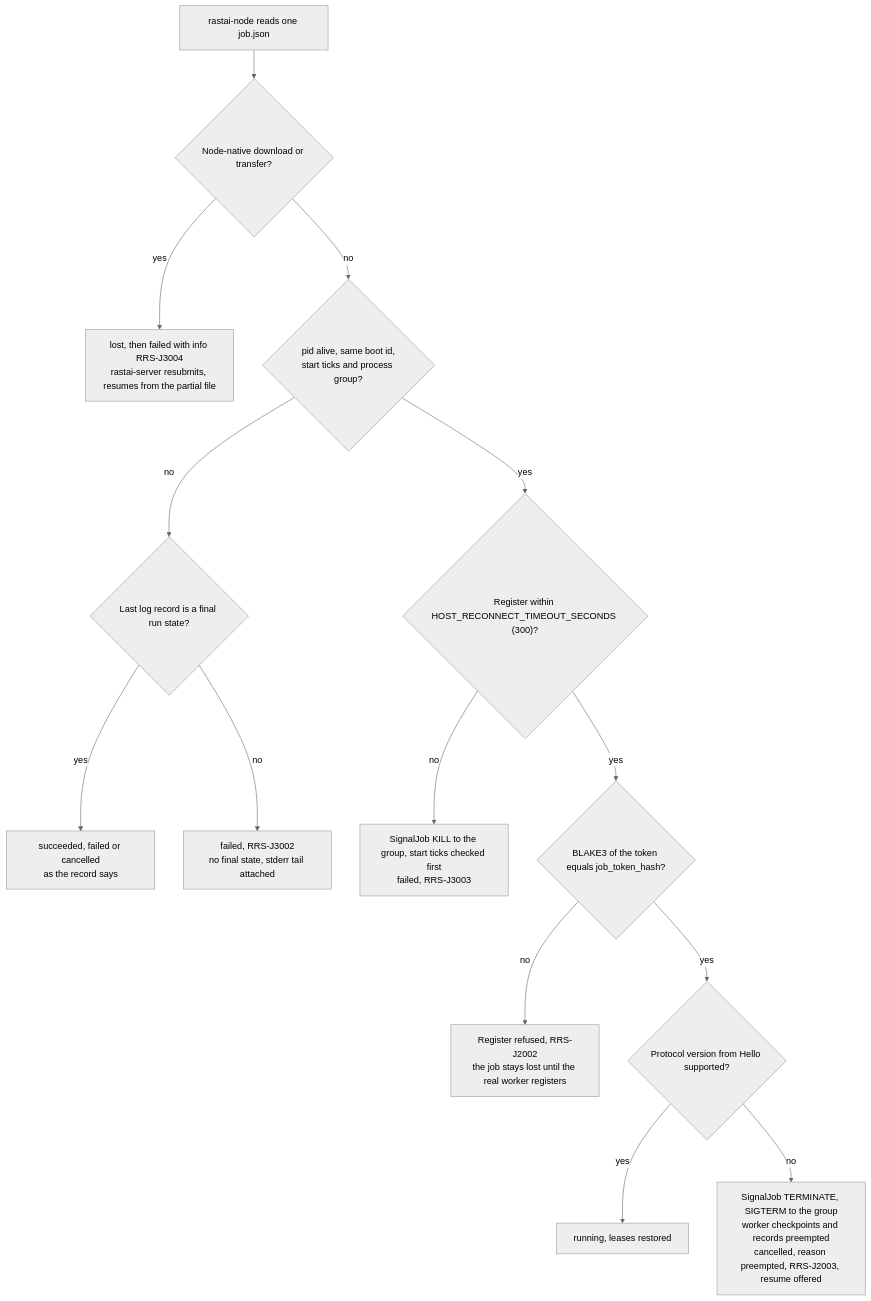
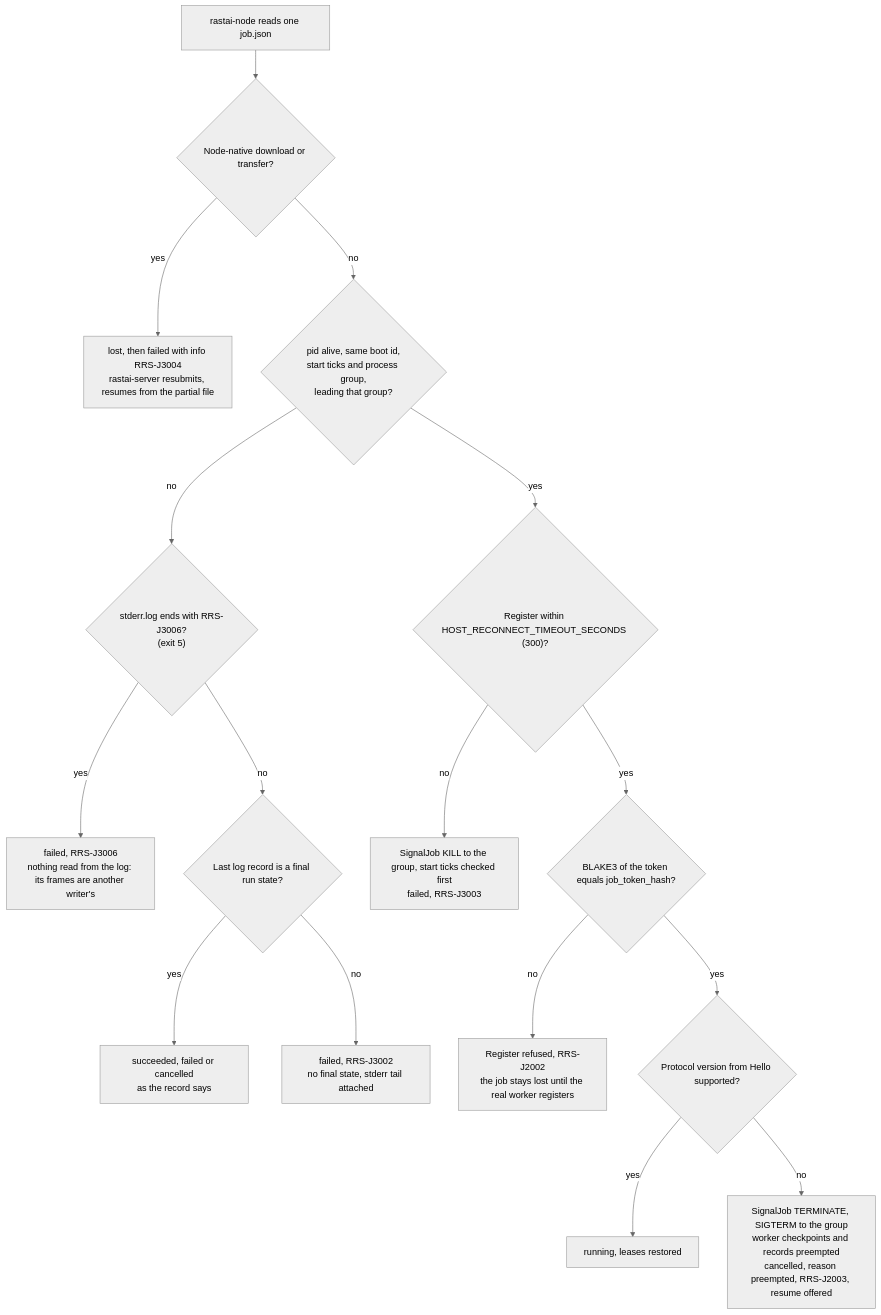
Before and after one commit to Snubiss/RASTAI-Research-Studio: diagram 11 of 55 in docs/architecture/flows/platform.md, drawn with Mermaid (neutral theme). The commit also changed other lines of this file and 23 other files, not shown here.

````diff
--- a/docs/architecture/flows/platform.md
+++ b/docs/architecture/flows/platform.md
@@ -527,16 +527,18 @@
 ```mermaid
 flowchart TD
   A["rastai-node reads one job.json"] --> K{"Node-native download or transfer?"}
   K -->|"yes"| NN["lost, then failed with info RRS-J3004<br/>rastai-server resubmits, resumes from the partial file"]
-  K -->|"no"| P{"pid alive, same boot id,<br/>start ticks and process group?"}
-  P -->|"no"| L{"Last log record is a final run state?"}
+  K -->|"no"| P{"pid alive, same boot id,<br/>start ticks and process group,<br/>leading that group?"}
+  P -->|"no"| X{"stderr.log ends with RRS-J3006?<br/>(exit 5)"}
+  X -->|"yes"| LOCKED["failed, RRS-J3006<br/>nothing read from the log: its frames are another writer's"]
+  X -->|"no"| L{"Last log record is a final run state?"}
   L -->|"yes"| FIN["succeeded, failed or cancelled<br/>as the record says"]
   L -->|"no"| GONE["failed, RRS-J3002<br/>no final state, stderr tail attached"]
   P -->|"yes"| H{"Register within HOST_RECONNECT_TIMEOUT_SECONDS (300)?"}
   H -->|"no"| HUNG["SignalJob KILL to the group, start ticks checked first<br/>failed, RRS-J3003"]
   H -->|"yes"| T{"BLAKE3 of the token equals job_token_hash?"}
   T -->|"no"| BADT["Register refused, RRS-J2002<br/>the job stays lost until the real worker registers"]
   T -->|"yes"| V{"Protocol version from Hello supported?"}
   V -->|"yes"| RUN["running, leases restored"]
   V -->|"no"| OLD["SignalJob TERMINATE, SIGTERM to the group<br/>worker checkpoints and records preempted<br/>cancelled, reason preempted, RRS-J2003, resume offered"]
 ```
````
